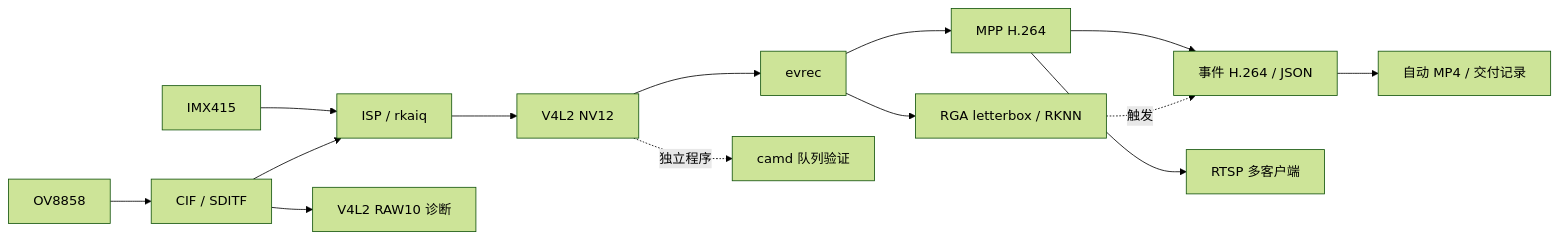
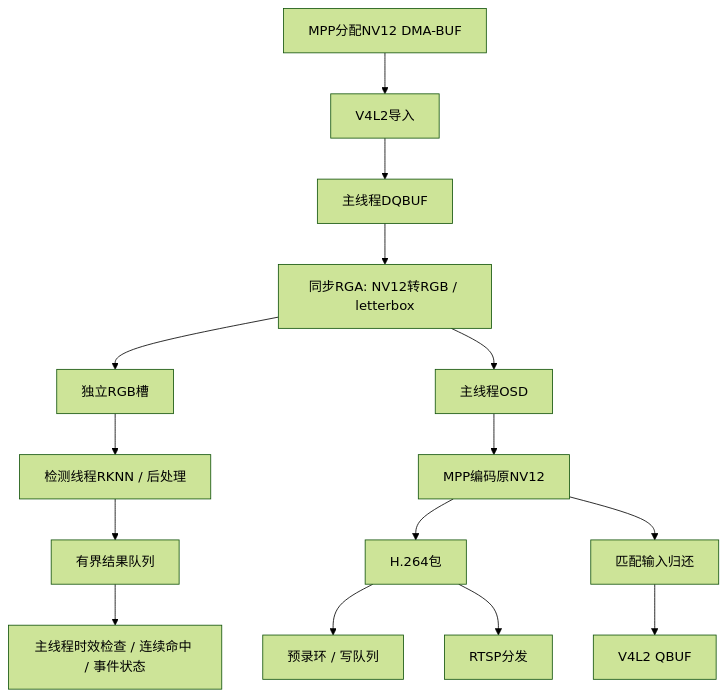
Before and after one commit to Ericsunny/rk3568-camera-driver: the third of 3 diagrams in docs/overview/architecture.md, drawn with Mermaid (forest theme). The commit also changed other lines of this file and 60 other files, not shown here.

````diff
--- a/docs/overview/architecture.md
+++ b/docs/overview/architecture.md
@@ -5,12 +44,12 @@
 ```mermaid
-flowchart LR
-    I[IMX415] --> ISP[ISP / rkaiq] --> V[V4L2 NV12]
-    V --> E[evrec] --> M[MPP H.264]
-    M --> R[事件 H.264 / JSON] --> P[自动 MP4 / 交付记录]
-    M --> S[RTSP 多客户端]
-    E --> G[RGA letterbox / RKNN]
-    G -.触发.-> R
-    V -.独立程序.-> C[camd 队列验证]
-    O[OV8858] --> CIF[CIF / SDITF] --> ISP
-    CIF --> RAW[V4L2 RAW10 诊断]
+flowchart TD
+    ALLOC[MPP分配NV12 DMA-BUF] --> IMPORT[V4L2导入]
+    IMPORT --> DQ[主线程DQBUF]
+    DQ --> RGA[同步RGA: NV12转RGB / letterbox]
+    RGA --> RGB[独立RGB槽] --> NPU[检测线程RKNN / 后处理]
+    NPU --> RESULT[有界结果队列] --> APPLY[主线程时效检查 / 连续命中 / 事件状态]
+    RGA --> OSD[主线程OSD] --> ENC[MPP编码原NV12]
+    ENC --> PACK[H.264包] --> RING[预录环 / 写队列]
+    PACK --> RTSP[RTSP分发]
+    ENC --> RETURN[匹配输入归还] --> QBUF[V4L2 QBUF]
 ```
````
